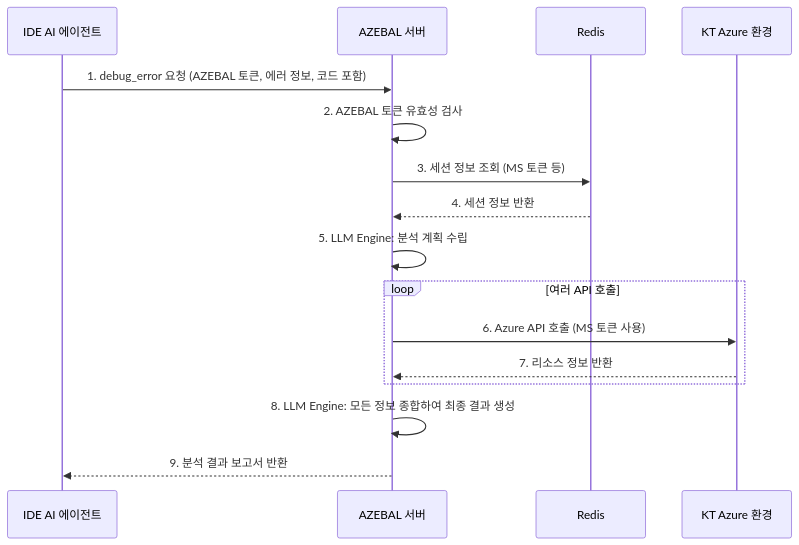
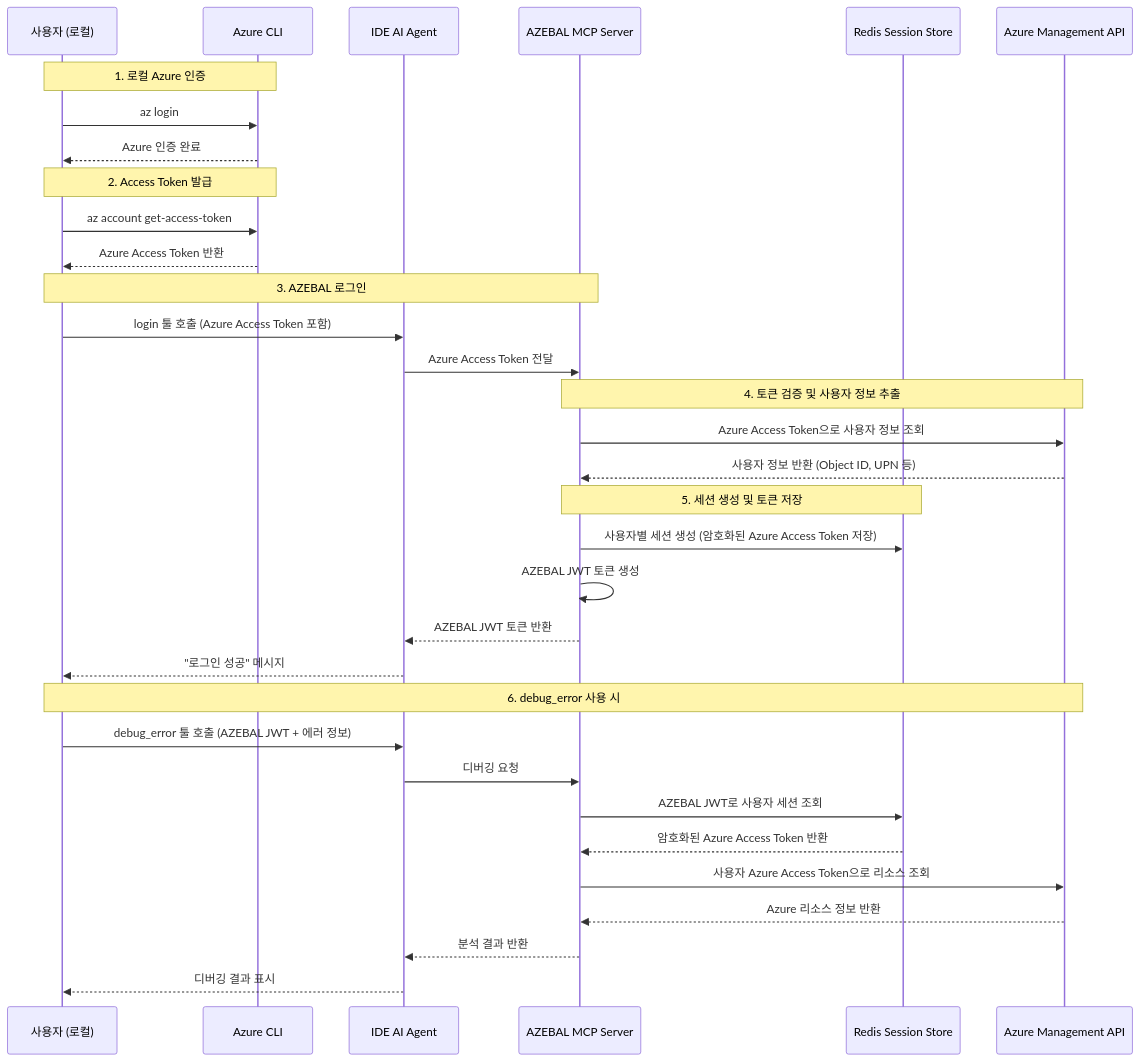
Before and after one commit to HyunjunGil/CTC4-AZEBAL: the second of 2 diagrams in docs/architect-kr.md, drawn with Mermaid. The commit also changed other lines of this file and 5 other files, not shown here.

````diff
--- a/docs/architect-kr.md
+++ b/docs/architect-kr.md
@@ -169,19 +149,41 @@
 ```mermaid
 sequenceDiagram
-    participant Agent as IDE AI 에이전트
-    participant Server as AZEBAL 서버
-    participant Redis
-    participant Azure as KT Azure 환경
+    participant User as 사용자 (로컬)
+    participant CLI as Azure CLI
+    participant Agent as IDE AI Agent
+    participant AZEBAL as AZEBAL MCP Server
+    participant Redis as Redis Session Store
+    participant Azure as Azure Management API
 
-    Agent->>Server: 1. debug_error 요청 (AZEBAL 토큰, 에러 정보, 코드 포함)
-    Server->>Server: 2. AZEBAL 토큰 유효성 검사
-    Server->>Redis: 3. 세션 정보 조회 (MS 토큰 등)
-    Redis-->>Server: 4. 세션 정보 반환
-    Server->>Server: 5. LLM Engine: 분석 계획 수립
-    loop 여러 API 호출
-        Server->>Azure: 6. Azure API 호출 (MS 토큰 사용)
-        Azure-->>Server: 7. 리소스 정보 반환
-    end
-    Server->>Server: 8. LLM Engine: 모든 정보 종합하여 최종 결과 생성
-    Server-->>Agent: 9. 분석 결과 보고서 반환
+    Note over User, CLI: 1. 로컬 Azure 인증
+    User->>CLI: az login
+    CLI-->>User: Azure 인증 완료
+
+    Note over User, CLI: 2. Access Token 발급
+    User->>CLI: az account get-access-token
+    CLI-->>User: Azure Access Token 반환
+
+    Note over User, AZEBAL: 3. AZEBAL 로그인
+    User->>Agent: login 툴 호출 (Azure Access Token 포함)
+    Agent->>AZEBAL: Azure Access Token 전달
+
+    Note over AZEBAL, Azure: 4. 토큰 검증 및 사용자 정보 추출
+    AZEBAL->>Azure: Azure Access Token으로 사용자 정보 조회
+    Azure-->>AZEBAL: 사용자 정보 반환 (Object ID, UPN 등)
+
+    Note over AZEBAL, Redis: 5. 세션 생성 및 토큰 저장
+    AZEBAL->>Redis: 사용자별 세션 생성 (암호화된 Azure Access Token 저장)
+    AZEBAL->>AZEBAL: AZEBAL JWT 토큰 생성
+    AZEBAL-->>Agent: AZEBAL JWT 토큰 반환
+    Agent-->>User: "로그인 성공" 메시지
+
+    Note over User, Azure: 6. debug_error 사용 시
+    User->>Agent: debug_error 툴 호출 (AZEBAL JWT + 에러 정보)
+    Agent->>AZEBAL: 디버깅 요청
+    AZEBAL->>Redis: AZEBAL JWT로 사용자 세션 조회
+    Redis-->>AZEBAL: 암호화된 Azure Access Token 반환
+    AZEBAL->>Azure: 사용자 Azure Access Token으로 리소스 조회
+    Azure-->>AZEBAL: Azure 리소스 정보 반환
+    AZEBAL-->>Agent: 분석 결과 반환
+    Agent-->>User: 디버깅 결과 표시
 ```
````
